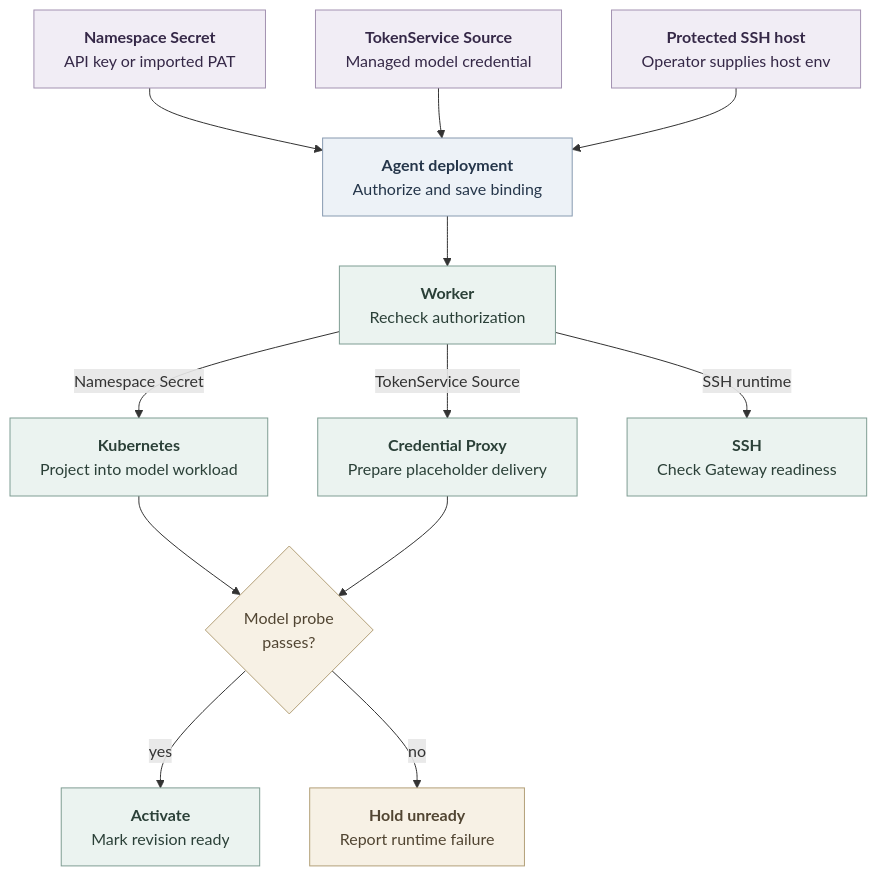
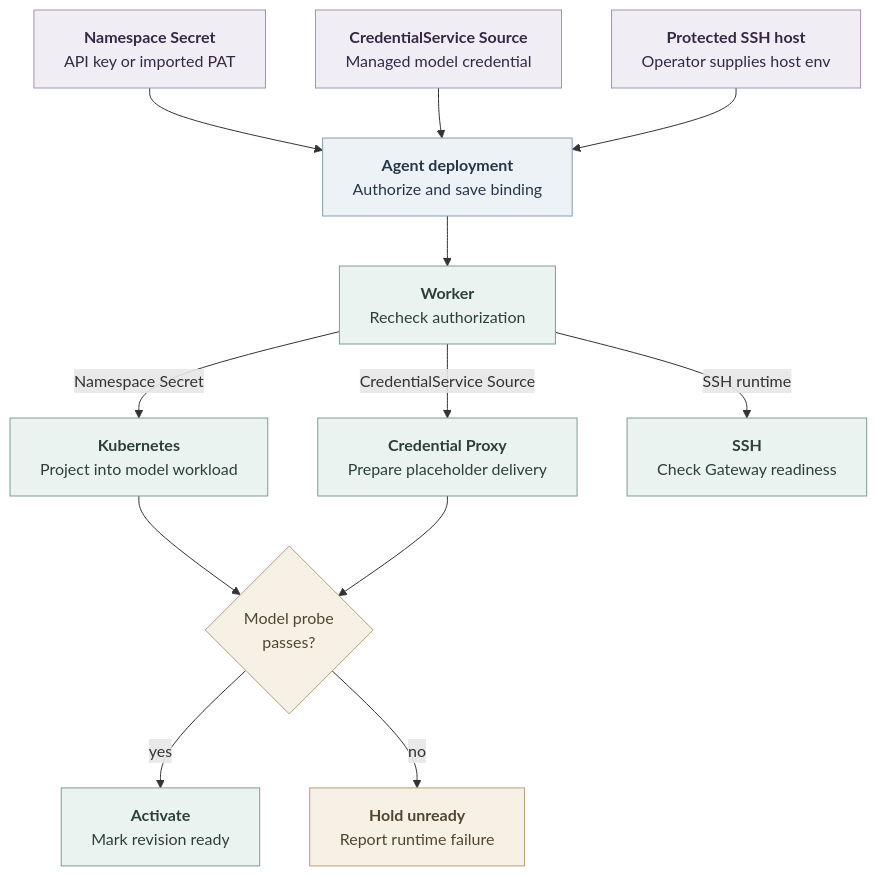
The diagram in docs/flows/native-service-account-credential-delivery.md (openclaw/openclaw-enterprise), drawn with Mermaid before and after one commit. The commit also changed other lines of this file and 418 other files, not shown here.

Commit message:
Rename credential custody owner to CredentialService

````diff
--- a/docs/flows/native-service-account-credential-delivery.md
+++ b/docs/flows/native-service-account-credential-delivery.md
@@ -32,27 +32,27 @@
 ```mermaid
 ---
 config:
   htmlLabels: true
 ---
 flowchart TB
   Secret["<b>Namespace Secret</b><br/>API key or imported PAT"] --> Binding
-  Managed["<b>TokenService Source</b><br/>Managed model credential"] --> Binding
+  Managed["<b>CredentialService Source</b><br/>Managed model credential"] --> Binding
   Host["<b>Protected SSH host</b><br/>Operator supplies host env"] --> Binding
   Binding["<b>Agent deployment</b><br/>Authorize and save binding"] --> Worker["<b>Worker</b><br/>Recheck authorization"]
   Worker -->|Namespace Secret| Project["<b>Kubernetes</b><br/>Project into model workload"]
-  Worker -->|TokenService Source| Deliver["<b>Credential Proxy</b><br/>Prepare placeholder delivery"]
+  Worker -->|CredentialService Source| Deliver["<b>Credential Proxy</b><br/>Prepare placeholder delivery"]
   Worker -->|SSH runtime| Ready["<b>SSH</b><br/>Check Gateway readiness"]
   Project --> Probe{"Model probe<br/>passes?"}
   Deliver --> Probe
   Probe -->|yes| Activate["<b>Activate</b><br/>Mark revision ready"]
   Probe -->|no| Fail["<b>Hold unready</b><br/>Report runtime failure"]
 
   classDef input fill:#F1EDF5,stroke:#A392B1,color:#352847,stroke-width:1px
   classDef state fill:#EDF2F7,stroke:#879AB0,color:#25364A,stroke-width:1px
   classDef operation fill:#EBF3F0,stroke:#7F9D93,color:#2B4038,stroke-width:1px
   classDef condition fill:#F7F1E5,stroke:#B3A078,color:#514532,stroke-width:1px
   class Secret,Managed,Host input
   class Binding state
   class Worker,Project,Deliver,Ready,Activate operation
   class Probe,Fail condition
 ```
````
